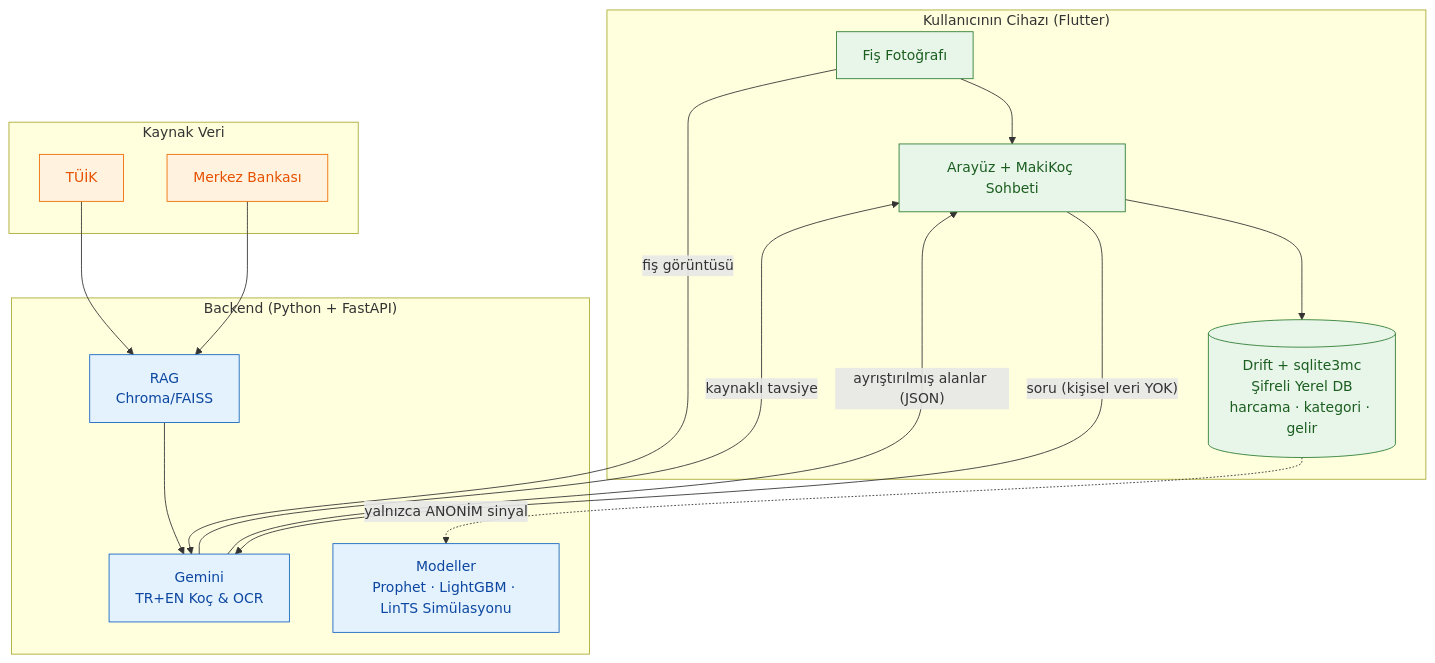
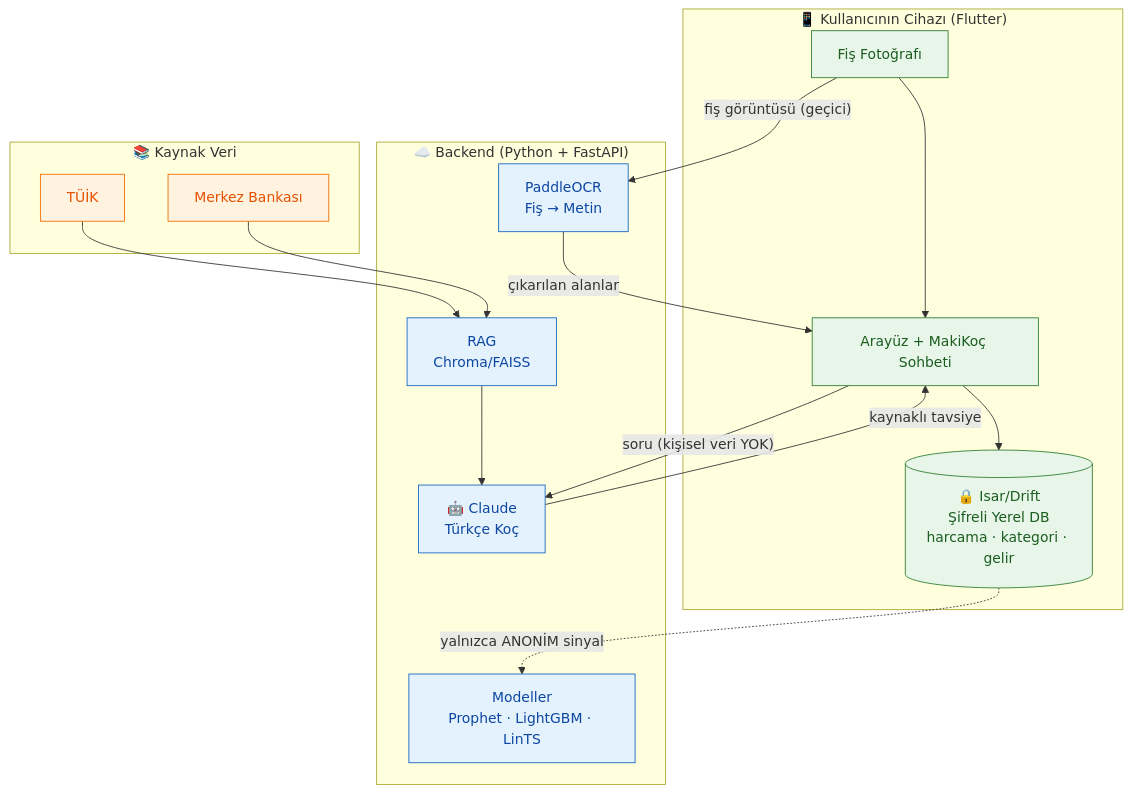
The diagram in README.md (sevncmutlu/bootcamp), drawn with Mermaid before and after one commit. The commit also changed other lines of this file and 356 other files, not shown here.

````diff
--- a/README.md
+++ b/README.md
@@ -57,37 +57,38 @@
 ```mermaid
 flowchart TB
-    subgraph Cihaz["Kullanıcının Cihazı (Flutter)"]
+    subgraph Cihaz["📱 Kullanıcının Cihazı (Flutter)"]
         UI["Arayüz + MakiKoç Sohbeti"]
-        LDB[("Drift + sqlite3mc<br/>Şifreli Yerel DB<br/>harcama · kategori · gelir")]
+        LDB[("🔒 Isar/Drift<br/>Şifreli Yerel DB<br/>harcama · kategori · gelir")]
         OCRD["Fiş Fotoğrafı"]
         UI --> LDB
         OCRD --> UI
     end
 
-    subgraph Sunucu["Backend (Python + FastAPI)"]
+    subgraph Sunucu["☁️ Backend (Python + FastAPI)"]
+        OCR["PaddleOCR<br/>Fiş → Metin"]
         RAG["RAG<br/>Chroma/FAISS"]
-        ML["Modeller<br/>Prophet · LightGBM · LinTS Simülasyonu"]
-        LLM["Gemini<br/>TR+EN Koç & OCR"]
+        ML["Modeller<br/>Prophet · LightGBM · LinTS"]
+        LLM["🤖 Claude<br/>Türkçe Koç"]
     end
 
-    subgraph Kaynak["Kaynak Veri"]
+    subgraph Kaynak["📚 Kaynak Veri"]
         TUIK["TÜİK"]
         MB["Merkez Bankası"]
     end
 
     LDB -. "yalnızca ANONİM sinyal" .-> ML
-    OCRD -- "fiş görüntüsü" --> LLM
-    LLM -- "ayrıştırılmış alanlar (JSON)" --> UI
+    OCRD -- "fiş görüntüsü (geçici)" --> OCR
+    OCR -- "çıkarılan alanlar" --> UI
     UI -- "soru (kişisel veri YOK)" --> LLM
     RAG --> LLM
     TUIK --> RAG
     MB --> RAG
     LLM -- "kaynaklı tavsiye" --> UI
 
     classDef device fill:#e8f5e9,stroke:#2e7d32,color:#1b5e20;
     classDef server fill:#e3f2fd,stroke:#1565c0,color:#0d47a1;
     classDef src fill:#fff3e0,stroke:#ef6c00,color:#e65100;
     class UI,LDB,OCRD device;
-    class RAG,ML,LLM server;
+    class OCR,RAG,ML,LLM server;
     class TUIK,MB src;
 ```
````
